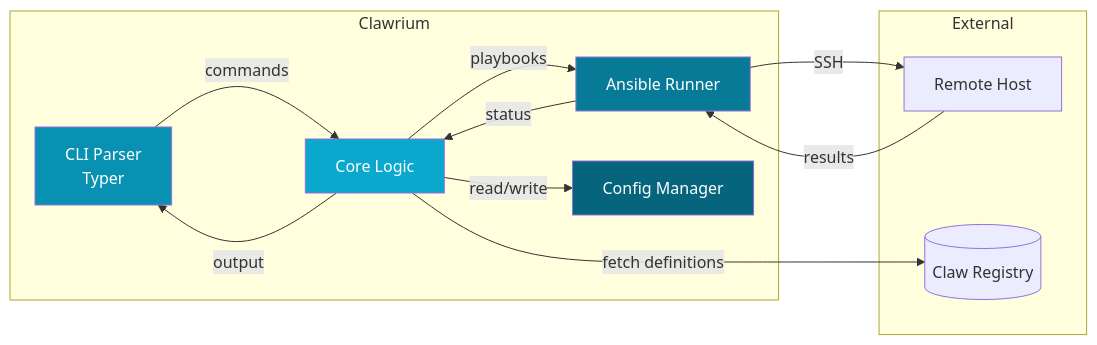
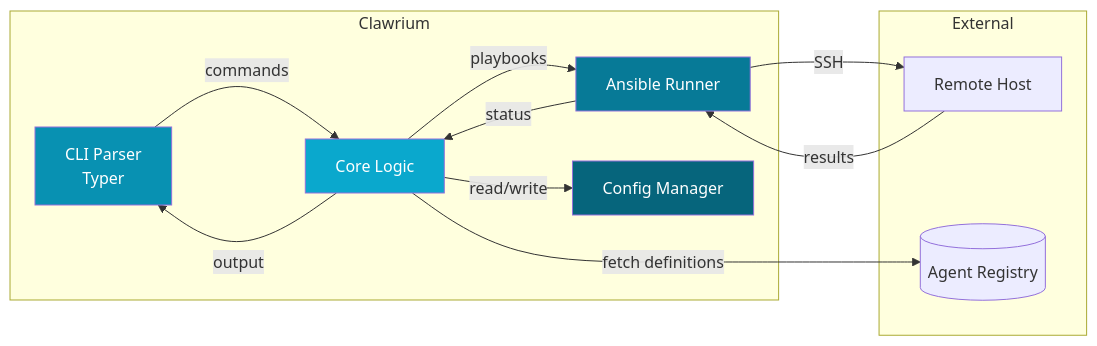
One commit to MiteshSharma/clawrium changed the fifth of 8 diagrams in website/docs/architecture.md. Above: the diagram before and after it, drawn with Mermaid. The commit also changed other lines of this file and 25 other files, not shown here.

First line of the commit message:
docs(landing): restructure first-success path and rename Claw→Agent

````diff
--- a/website/docs/architecture.md
+++ b/website/docs/architecture.md
@@ -186,29 +190,29 @@
 ```mermaid
 flowchart LR
     subgraph "Clawrium"
         CLI[CLI Parser<br/>Typer]
         CORE[Core Logic]
         ANSIBLE[Ansible Runner]
         CONFIG[Config Manager]
     end
 
     subgraph "External"
         HOST[Remote Host]
-        REGISTRY[(Claw Registry)]
+        REGISTRY[(Agent Registry)]
     end
 
     CLI -->|commands| CORE
     CORE -->|read/write| CONFIG
     CORE -->|playbooks| ANSIBLE
     ANSIBLE -->|SSH| HOST
     CORE -->|fetch definitions| REGISTRY
 
     HOST -->|results| ANSIBLE
     ANSIBLE -->|status| CORE
     CORE -->|output| CLI
 
     style CLI fill:#0891b2,color:#fff
     style CORE fill:#0aa8cd,color:#fff
     style ANSIBLE fill:#077a97,color:#fff
     style CONFIG fill:#06657c,color:#fff
 ```
````
